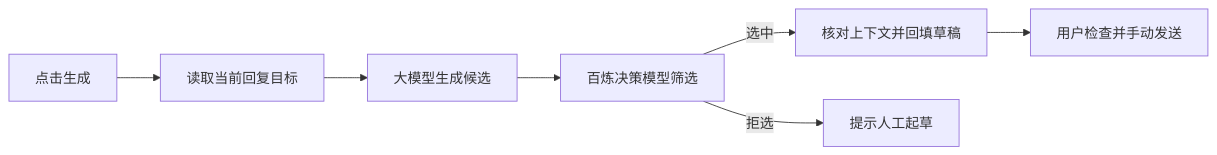
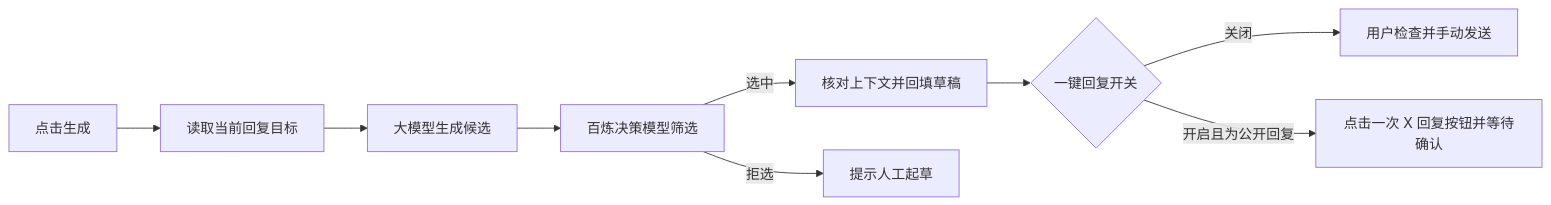
Before and after one commit to xForMe/x-quick-reply: the diagram in readMe.md, drawn with Mermaid. The commit also changed other lines of this file and 23 other files, not shown here.

````diff
--- a/readMe.md
+++ b/readMe.md
@@ -39,9 +40,11 @@
 ```mermaid
 flowchart LR
     A[点击生成] --> B[读取当前回复目标]
     B --> C[大模型生成候选]
     C --> D[百炼决策模型筛选]
     D -->|选中| E[核对上下文并回填草稿]
     D -->|拒选| F[提示人工起草]
-    E --> G[用户检查并手动发送]
+    E --> G{一键回复开关}
+    G -->|关闭| H[用户检查并手动发送]
+    G -->|开启且为公开回复| I[点击一次 X 回复按钮并等待确认]
 ```
````
